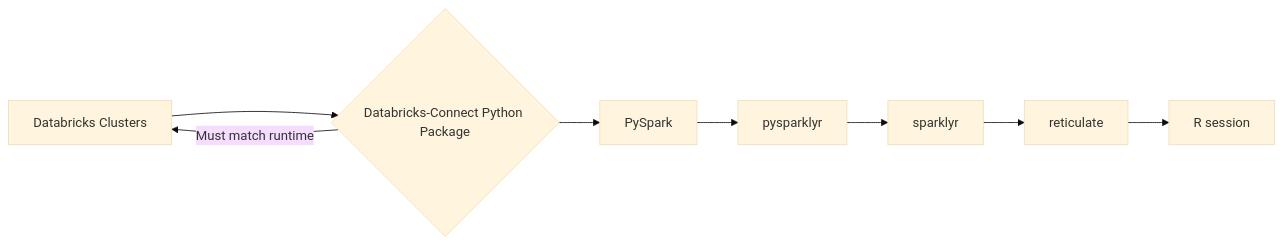
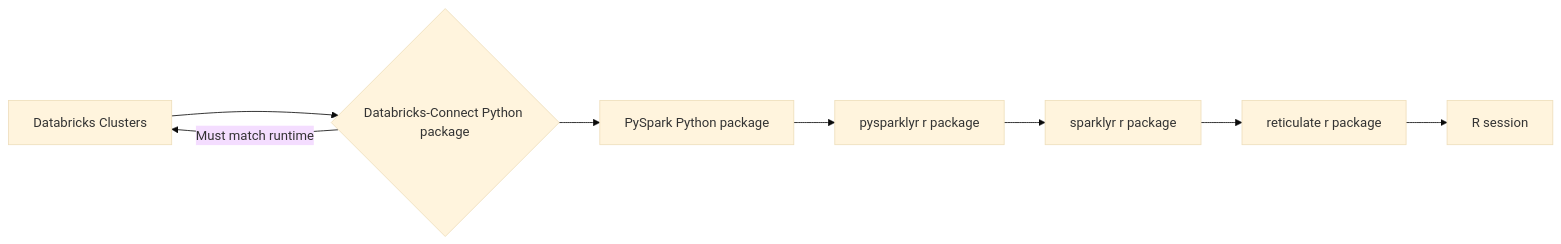
Before and after one commit to leesahanders/my_website: the diagram in my_website/work/databricks-and-uc-and-sparklyr.qmd, drawn with Mermaid (base theme).

````diff
--- a/my_website/work/databricks-and-uc-and-sparklyr.qmd
+++ b/my_website/work/databricks-and-uc-and-sparklyr.qmd
@@ -26,10 +26,10 @@
 ```{mermaid}
 flowchart LR
-    A[Databricks Clusters] --> B{Databricks-Connect Python Package};
-    B --> C[PySpark];
-    C --> D[pysparklyr];
-    D --> E[sparklyr];
-    E --> F[reticulate];
+    A[Databricks Clusters] --> B{Databricks-Connect Python package};
+    B --> C[PySpark Python package];
+    C --> D[pysparklyr r package];
+    D --> E[sparklyr r package];
+    E --> F[reticulate r package];
     F --> G[R session];
     B -- "Must match runtime" --> A;
 ```
````
